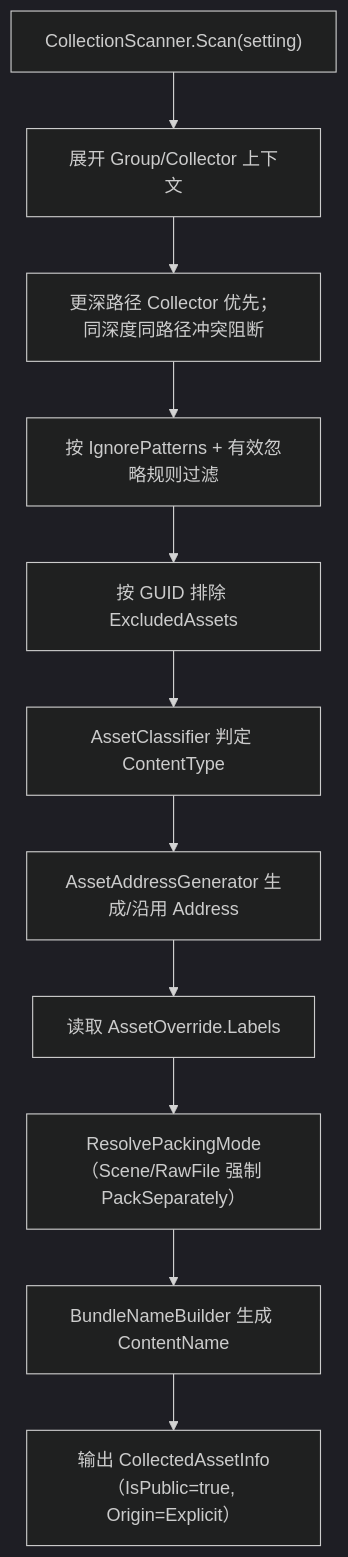
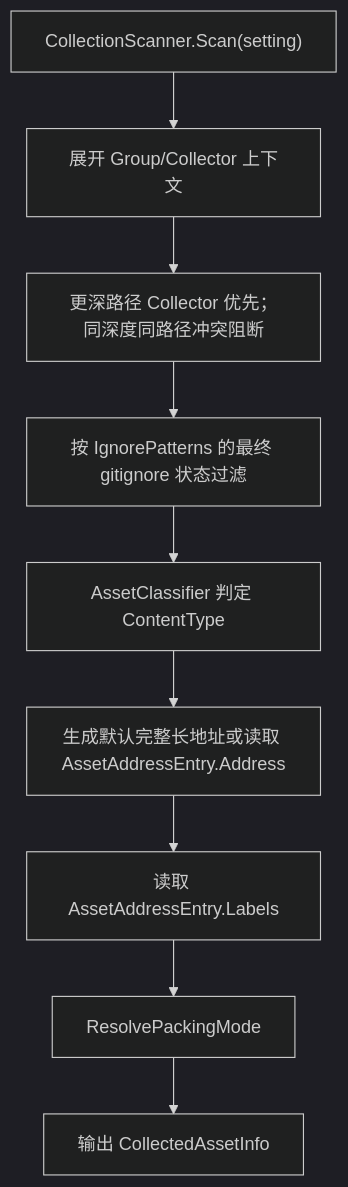
Before and after one commit to gitfirehappy/XLuaHotfix: the diagram in docs/FYAsset/collector-采集与配置.md, drawn with Mermaid (dark theme). The commit also changed other lines of this file and 34 other files, not shown here.

````diff
--- a/docs/FYAsset/collector-采集与配置.md
+++ b/docs/FYAsset/collector-采集与配置.md
@@ -138,13 +84,11 @@
 ```mermaid
 flowchart TD
     A["CollectionScanner.Scan(setting)"] --> B["展开 Group/Collector 上下文"]
     B --> C["更深路径 Collector 优先；同深度同路径冲突阻断"]
-    C --> D["按 IgnorePatterns + 有效忽略规则过滤"]
-    D --> E["按 GUID 排除 ExcludedAssets"]
-    E --> F["AssetClassifier 判定 ContentType"]
-    F --> G["AssetAddressGenerator 生成/沿用 Address"]
-    G --> H["读取 AssetOverride.Labels"]
-    H --> I["ResolvePackingMode（Scene/RawFile 强制 PackSeparately）"]
-    I --> J["BundleNameBuilder 生成 ContentName"]
-    J --> K["输出 CollectedAssetInfo（IsPublic=true, Origin=Explicit）"]
+    C --> D["按 IgnorePatterns 的最终 gitignore 状态过滤"]
+    D --> E["AssetClassifier 判定 ContentType"]
+    E --> F["生成默认完整长地址或读取 AssetAddressEntry.Address"]
+    F --> G["读取 AssetAddressEntry.Labels"]
+    G --> H["ResolvePackingMode"]
+    H --> I["输出 CollectedAssetInfo"]
 ```
````
